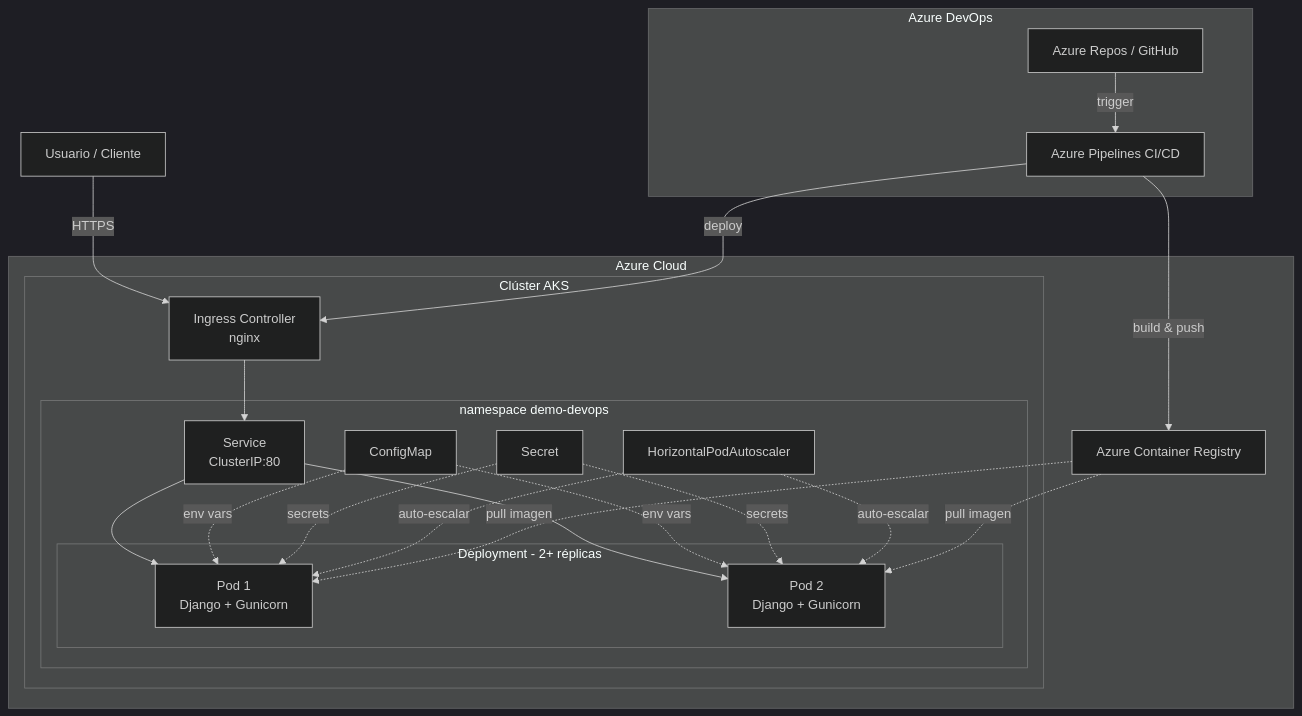
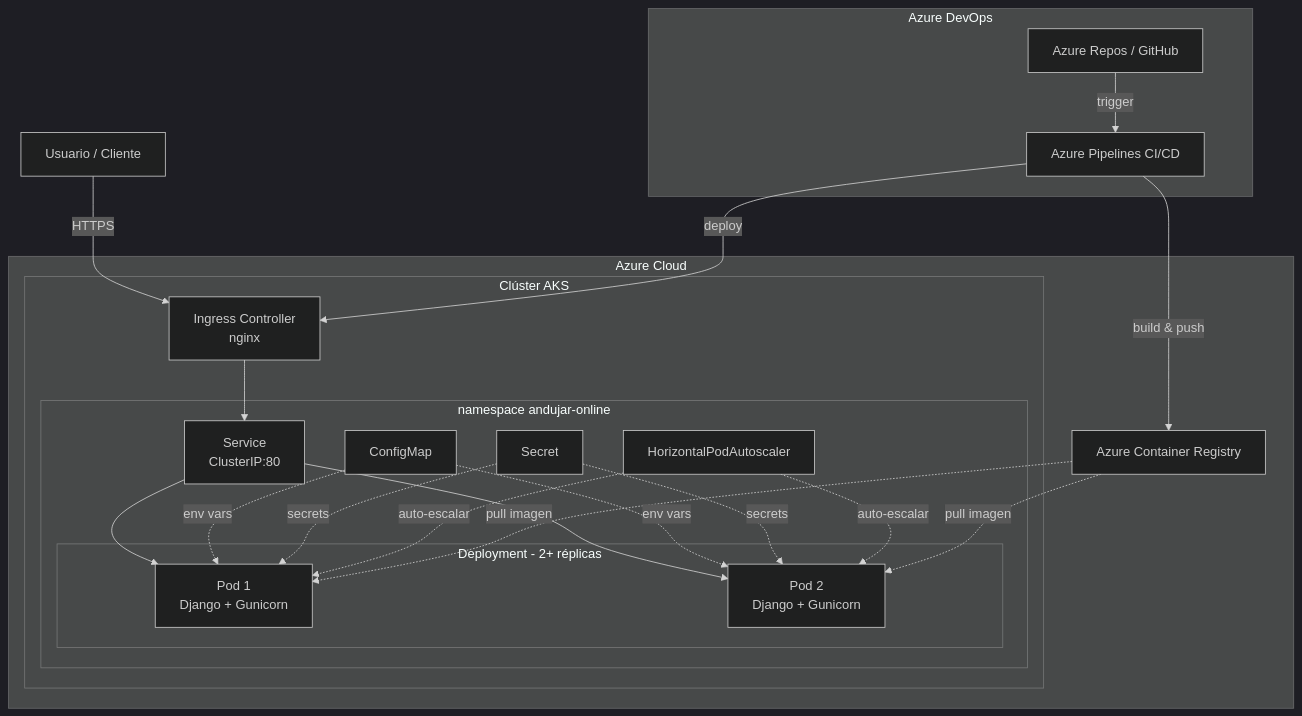
The first of 2 diagrams in README.md (DestinyM01/devsu), drawn with Mermaid (dark theme) before and after one commit. The commit also changed other lines of this file, not shown here.

````diff
--- a/README.md
+++ b/README.md
@@ -25,40 +25,40 @@
 ```mermaid
 graph TB
     subgraph "Azure DevOps"
         REPO[Azure Repos / GitHub]
         PIPE[Azure Pipelines CI/CD]
     end
 
     subgraph "Azure Cloud"
         ACR[Azure Container Registry]
         subgraph "Clúster AKS"
             ING[Ingress Controller<br/>nginx]
-            subgraph "namespace demo-devops"
+            subgraph "namespace andujar-online"
                 SVC[Service<br/>ClusterIP:80]
                 CM[ConfigMap]
                 SEC[Secret]
                 HPA[HorizontalPodAutoscaler]
                 subgraph "Deployment - 2+ réplicas"
                     POD1[Pod 1<br/>Django + Gunicorn]
                     POD2[Pod 2<br/>Django + Gunicorn]
                 end
             end
         end
     end
 
     USER[Usuario / Cliente] -->|HTTPS| ING
     ING --> SVC
     SVC --> POD1
     SVC --> POD2
     CM -.->|env vars| POD1
     CM -.->|env vars| POD2
     SEC -.->|secrets| POD1
     SEC -.->|secrets| POD2
     HPA -.->|auto-escalar| POD1
     HPA -.->|auto-escalar| POD2
     REPO -->|trigger| PIPE
     PIPE -->|build & push| ACR
     PIPE -->|deploy| ING
     ACR -.->|pull imagen| POD1
     ACR -.->|pull imagen| POD2
 ```
````
